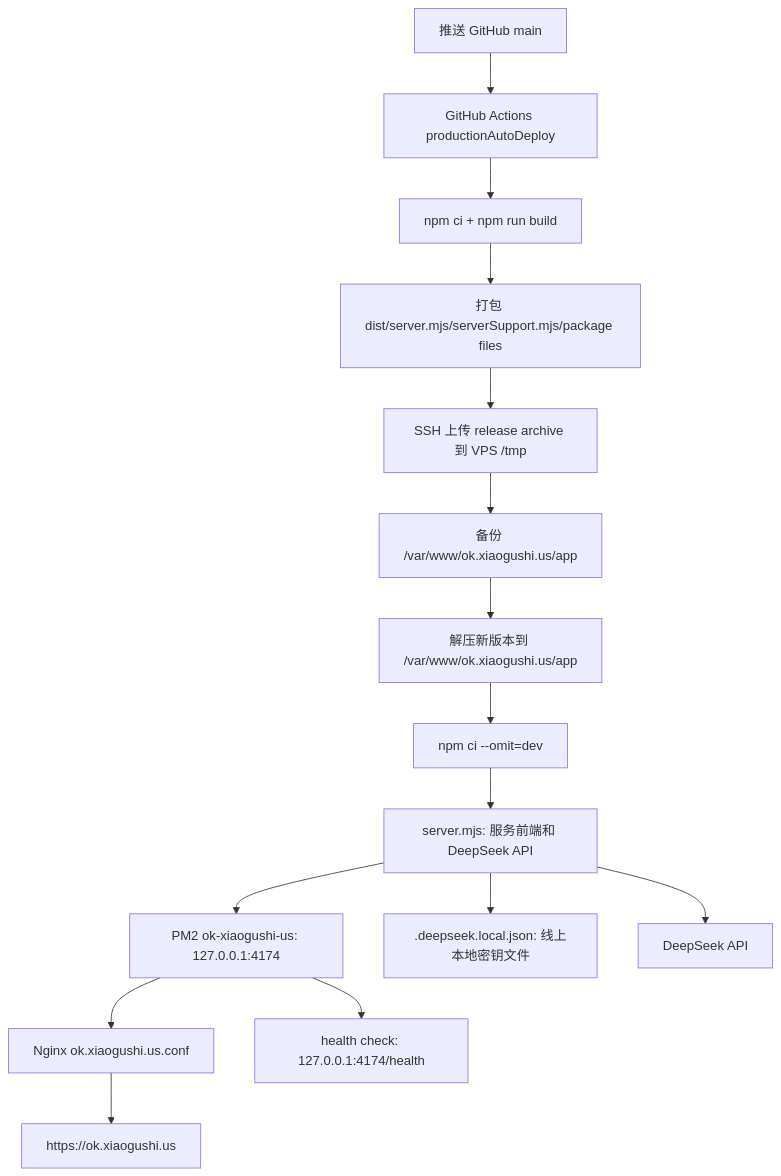
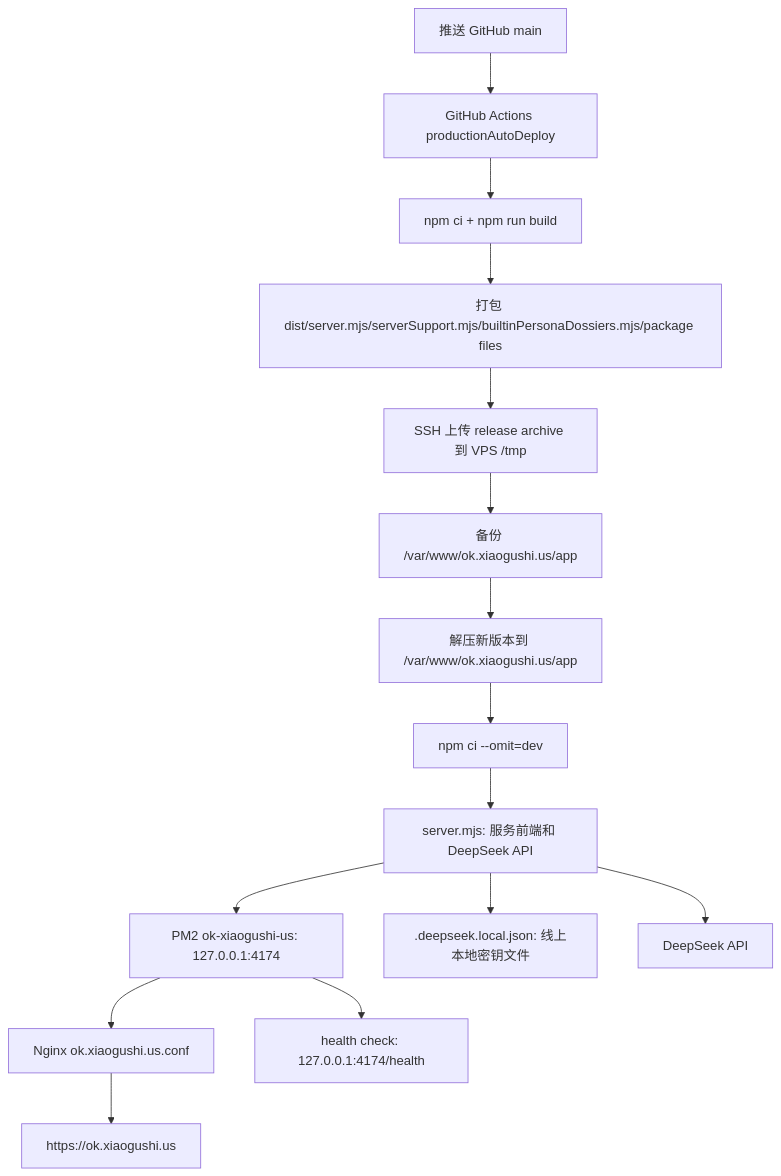
One commit to ttmanthatman/virtual-human-flow changed the third of 30 diagrams in docs/SYSTEM_FLOW.md. Above: the diagram before and after it, drawn with Mermaid. The commit also changed other lines of this file and 13 other files, not shown here.

Commit message:
Add grouped persona dossiers with locations

````diff
--- a/docs/SYSTEM_FLOW.md
+++ b/docs/SYSTEM_FLOW.md
@@ -76,17 +78,17 @@
 ```mermaid
 flowchart TD
     G[推送 GitHub main] --> GA[GitHub Actions productionAutoDeploy]
     GA --> BUILD[npm ci + npm run build]
-    BUILD --> PKG[打包 dist/server.mjs/serverSupport.mjs/package files]
+    BUILD --> PKG[打包 dist/server.mjs/serverSupport.mjs/builtinPersonaDossiers.mjs/package files]
     PKG --> UPLOAD[SSH 上传 release archive 到 VPS /tmp]
     UPLOAD --> BACKUP[备份 /var/www/ok.xiaogushi.us/app]
     BACKUP --> EXTRACT[解压新版本到 /var/www/ok.xiaogushi.us/app]
     EXTRACT --> INSTALL[npm ci --omit=dev]
     INSTALL --> SRV[server.mjs: 服务前端和 DeepSeek API]
     SRV --> PM2[PM2 ok-xiaogushi-us: 127.0.0.1:4174]
     PM2 --> NGINX[Nginx ok.xiaogushi.us.conf]
     NGINX --> SITE[https://ok.xiaogushi.us]
     SRV --> KEY[.deepseek.local.json: 线上本地密钥文件]
     SRV --> DS[DeepSeek API]
     PM2 --> HEALTH[health check: 127.0.0.1:4174/health]
 ```
````
